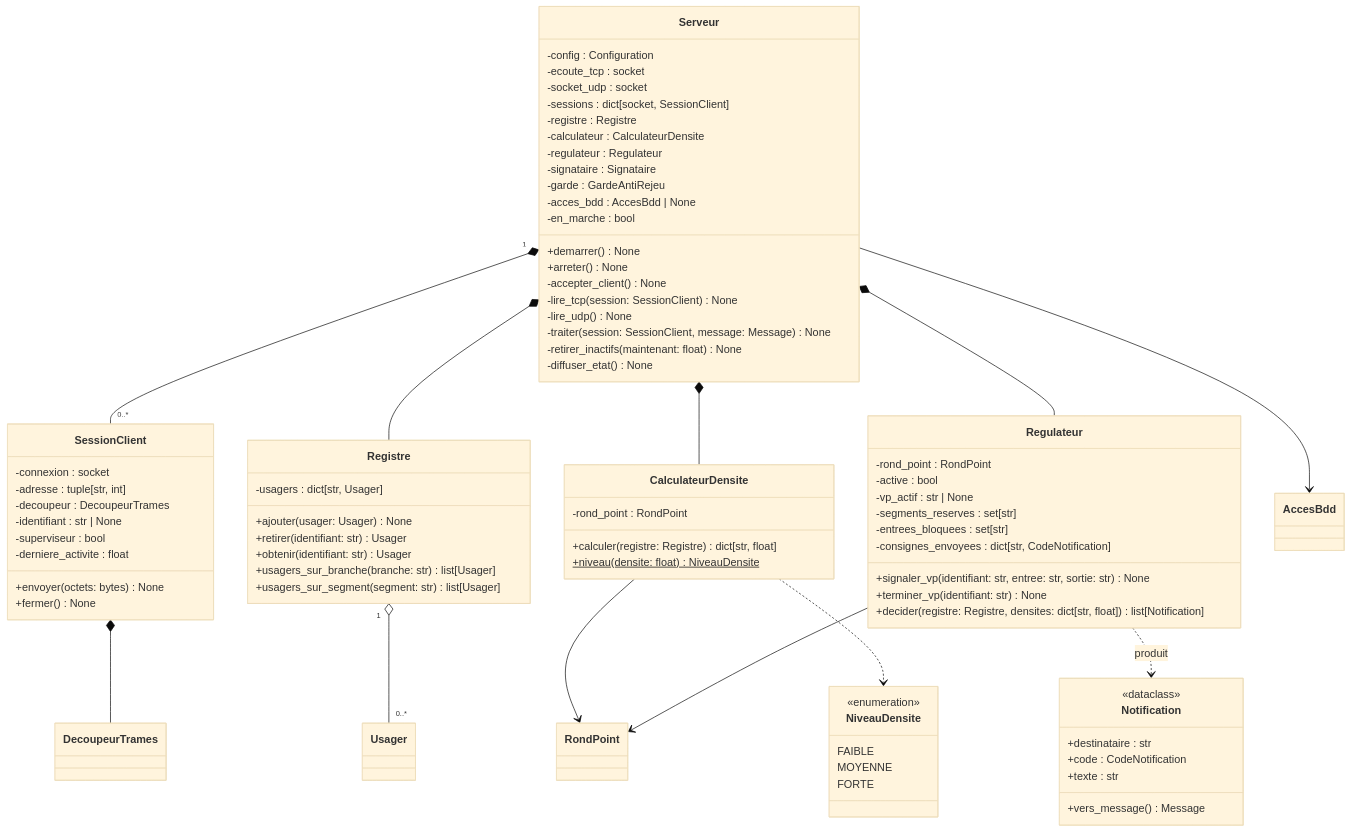
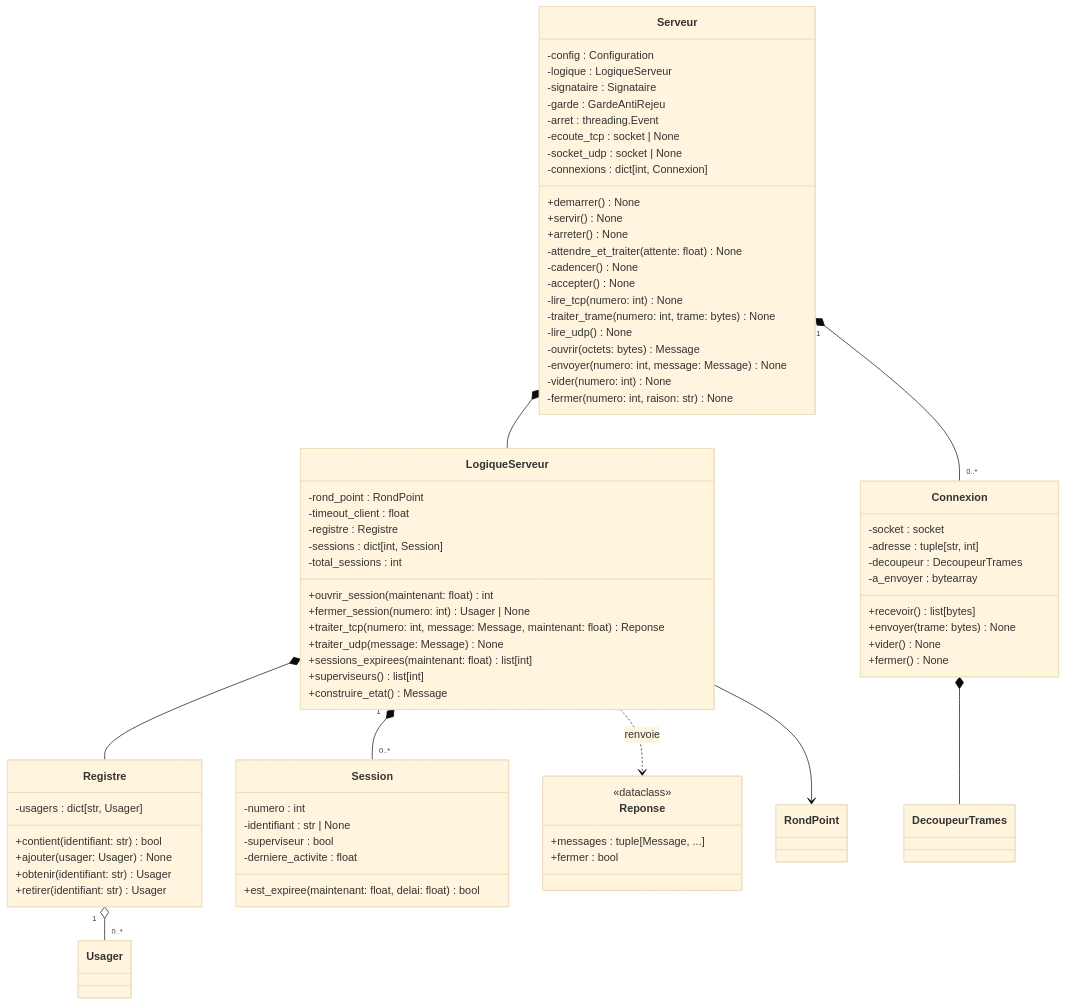
The sixth of 9 diagrams in docs/uml.md (vRayzix/SAE3.02_Developper-une-application-communicante), drawn with Mermaid (base theme) before and after one commit. The commit also changed other lines of this file, not shown here.

Commit message:
docs(uml): serveur découpé entre boucle réseau et logique

````diff
--- a/docs/uml.md
+++ b/docs/uml.md
@@ -337,88 +339,82 @@
 classDiagram
     class Serveur {
         -config : Configuration
-        -ecoute_tcp : socket
-        -socket_udp : socket
-        -sessions : dict[socket, SessionClient]
-        -registre : Registre
-        -calculateur : CalculateurDensite
-        -regulateur : Regulateur
+        -logique : LogiqueServeur
         -signataire : Signataire
         -garde : GardeAntiRejeu
-        -acces_bdd : AccesBdd | None
-        -en_marche : bool
+        -arret : threading.Event
+        -ecoute_tcp : socket | None
+        -socket_udp : socket | None
+        -connexions : dict[int, Connexion]
         +demarrer() None
+        +servir() None
         +arreter() None
-        -accepter_client() None
-        -lire_tcp(session: SessionClient) None
+        -attendre_et_traiter(attente: float) None
+        -cadencer() None
+        -accepter() None
+        -lire_tcp(numero: int) None
+        -traiter_trame(numero: int, trame: bytes) None
         -lire_udp() None
-        -traiter(session: SessionClient, message: Message) None
-        -retirer_inactifs(maintenant: float) None
-        -diffuser_etat() None
+        -ouvrir(octets: bytes) Message
+        -envoyer(numero: int, message: Message) None
+        -vider(numero: int) None
+        -fermer(numero: int, raison: str) None
     }
 
-    class SessionClient {
-        -connexion : socket
+    class Connexion {
+        -socket : socket
         -adresse : tuple[str, int]
         -decoupeur : DecoupeurTrames
+        -a_envoyer : bytearray
+        +recevoir() list[bytes]
+        +envoyer(trame: bytes) None
+        +vider() None
+        +fermer() None
+    }
+
+    class LogiqueServeur {
+        -rond_point : RondPoint
+        -timeout_client : float
+        -registre : Registre
+        -sessions : dict[int, Session]
+        -total_sessions : int
+        +ouvrir_session(maintenant: float) int
+        +fermer_session(numero: int) Usager | None
+        +traiter_tcp(numero: int, message: Message, maintenant: float) Reponse
+        +traiter_udp(message: Message) None
+        +sessions_expirees(maintenant: float) list[int]
+        +superviseurs() list[int]
+        +construire_etat() Message
+    }
+
+    class Reponse {
+        <<dataclass>>
+        +messages : tuple[Message, ...]
+        +fermer : bool
+    }
+
+    class Session {
+        -numero : int
         -identifiant : str | None
         -superviseur : bool
         -derniere_activite : float
-        +envoyer(octets: bytes) None
-        +fermer() None
+        +est_expiree(maintenant: float, delai: float) bool
     }
 
     class Registre {
         -usagers : dict[str, Usager]
+        +contient(identifiant: str) bool
         +ajouter(usager: Usager) None
+        +obtenir(identifiant: str) Usager
         +retirer(identifiant: str) Usager
-        +obtenir(identifiant: str) Usager
-        +usagers_sur_branche(branche: str) list[Usager]
-        +usagers_sur_segment(segment: str) list[Usager]
     }
 
-    class NiveauDensite {
-        <<enumeration>>
-        FAIBLE
-        MOYENNE
-        FORTE
-    }
-
-    class CalculateurDensite {
-        -rond_point : RondPoint
-        +calculer(registre: Registre) dict[str, float]
-        +niveau(densite: float) NiveauDensite$
-    }
-
-    class Regulateur {
-        -rond_point : RondPoint
-        -active : bool
-        -vp_actif : str | None
-        -segments_reserves : set[str]
-        -entrees_bloquees : set[str]
-        -consignes_envoyees : dict[str, CodeNotification]
-        +signaler_vp(identifiant: str, entree: str, sortie: str) None
-        +terminer_vp(identifiant: str) None
-        +decider(registre: Registre, densites: dict[str, float]) list[Notification]
-    }
-
-    class Notification {
-        <<dataclass>>
-        +destinataire : str
-        +code : CodeNotification
-        +texte : str
-        +vers_message() Message
-    }
-
-    Serveur "1" *-- "0..*" SessionClient
-    Serveur *-- Registre
-    Serveur *-- CalculateurDensite
-    Serveur *-- Regulateur
-    Serveur --> AccesBdd
-    SessionClient *-- DecoupeurTrames
+    Serveur *-- LogiqueServeur
+    Serveur "1" *-- "0..*" Connexion
+    Connexion *-- DecoupeurTrames
+    LogiqueServeur *-- Registre
+    LogiqueServeur "1" *-- "0..*" Session
+    LogiqueServeur ..> Reponse : renvoie
+    LogiqueServeur --> RondPoint
     Registre "1" o-- "0..*" Usager
-    CalculateurDensite --> RondPoint
-    CalculateurDensite ..> NiveauDensite
-    Regulateur --> RondPoint
-    Regulateur ..> Notification : produit
 ```
````
